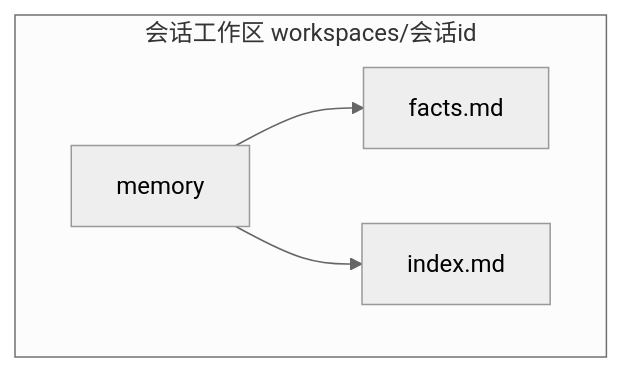
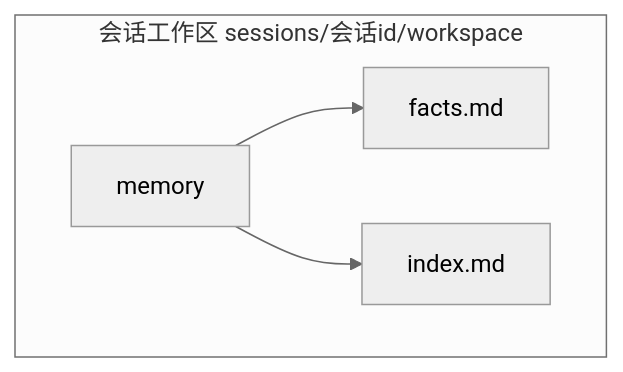
The fourth of 4 diagrams in docs/architecture/runtime-architecture.md (gaoguodong03/shichai), drawn with Mermaid (neutral theme) before and after one commit. The commit also changed other lines of this file and 56 other files, not shown here.

````diff
--- a/docs/architecture/runtime-architecture.md
+++ b/docs/architecture/runtime-architecture.md
@@ -215,8 +215,8 @@
 ```mermaid
 flowchart TB
-  subgraph ws [会话工作区 workspaces/会话id]
+  subgraph ws [会话工作区 sessions/会话id/workspace]
     mem[memory]
     mem --> factsFile["facts.md"]
     mem --> indexFile["index.md"]
   end
 ```
````
